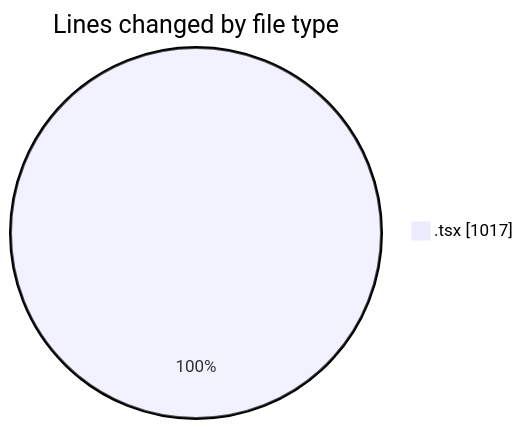
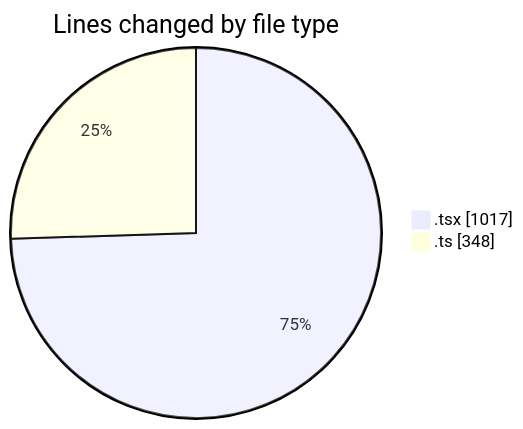
One commit to momahboobian/code-tracking changed the first of 2 diagrams in 2025-07-07/cda/README.md. Above: the diagram before and after it, drawn with Mermaid. The commit also changed other lines of this file and 1 other file, not shown here.

````diff
--- a/2025-07-07/cda/README.md
+++ b/2025-07-07/cda/README.md
@@ -21,5 +23,6 @@
 ```mermaid
 pie showData
 title Lines changed by file type
 ".tsx" : 1017
+".ts" : 348
 ```
````
